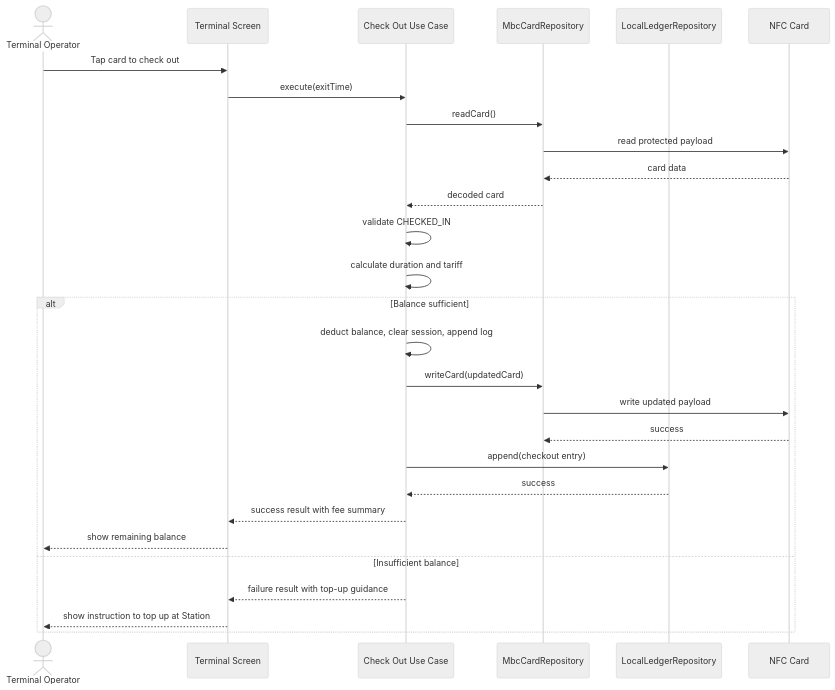
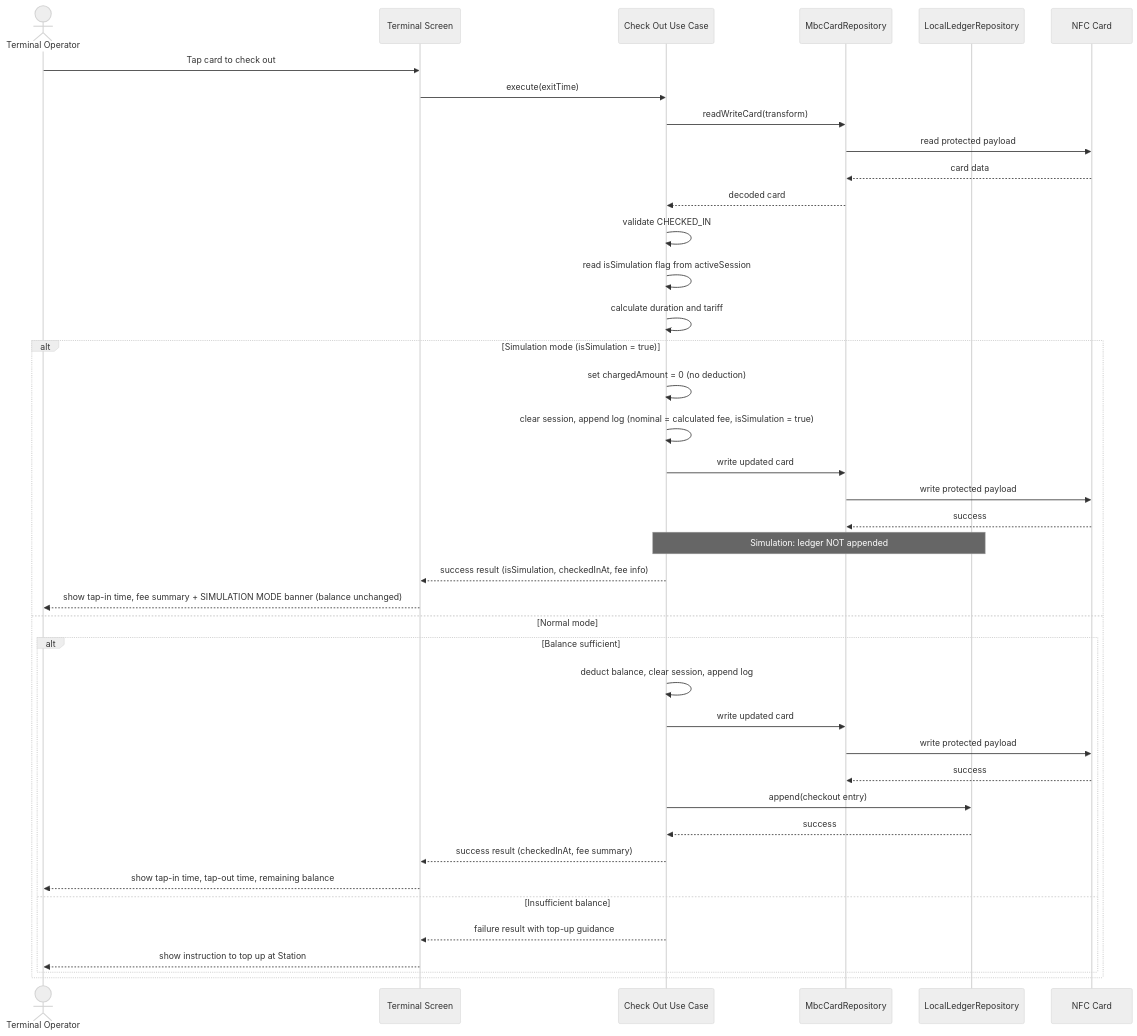
The sixth of 9 diagrams in .codex/specs/UML_SYSTEM_DIAGRAMS.md (Schitzos/mbc-nfc), drawn with Mermaid (neutral theme) before and after one commit. The commit also changed other lines of this file and 15 other files, not shown here.

First line of the commit message:
docs: update specs and UML for simulation mode

````diff
--- a/.codex/specs/UML_SYSTEM_DIAGRAMS.md
+++ b/.codex/specs/UML_SYSTEM_DIAGRAMS.md
@@ -136,31 +145,43 @@
 ```mermaid
 sequenceDiagram
   actor Operator as Terminal Operator
   participant UI as Terminal Screen
   participant Checkout as Check Out Use Case
   participant CardRepo as MbcCardRepository
   participant Ledger as LocalLedgerRepository
   participant Card as NFC Card
 
   Operator->>UI: Tap card to check out
   UI->>Checkout: execute(exitTime)
-  Checkout->>CardRepo: readCard()
+  Checkout->>CardRepo: readWriteCard(transform)
   CardRepo->>Card: read protected payload
   Card-->>CardRepo: card data
   CardRepo-->>Checkout: decoded card
   Checkout->>Checkout: validate CHECKED_IN
+  Checkout->>Checkout: read isSimulation flag from activeSession
   Checkout->>Checkout: calculate duration and tariff
-  alt Balance sufficient
-    Checkout->>Checkout: deduct balance, clear session, append log
-    Checkout->>CardRepo: writeCard(updatedCard)
-    CardRepo->>Card: write updated payload
+  alt Simulation mode (isSimulation = true)
+    Checkout->>Checkout: set chargedAmount = 0 (no deduction)
+    Checkout->>Checkout: clear session, append log (nominal = calculated fee, isSimulation = true)
+    Checkout->>CardRepo: write updated card
+    CardRepo->>Card: write protected payload
     Card-->>CardRepo: success
-    Checkout->>Ledger: append(checkout entry)
-    Ledger-->>Checkout: success
-    Checkout-->>UI: success result with fee summary
-    UI-->>Operator: show remaining balance
-  else Insufficient balance
-    Checkout-->>UI: failure result with top-up guidance
-    UI-->>Operator: show instruction to top up at Station
+    Note over Checkout,Ledger: Simulation: ledger NOT appended
+    Checkout-->>UI: success result (isSimulation, checkedInAt, fee info)
+    UI-->>Operator: show tap-in time, fee summary + SIMULATION MODE banner (balance unchanged)
+  else Normal mode
+    alt Balance sufficient
+      Checkout->>Checkout: deduct balance, clear session, append log
+      Checkout->>CardRepo: write updated card
+      CardRepo->>Card: write protected payload
+      Card-->>CardRepo: success
+      Checkout->>Ledger: append(checkout entry)
+      Ledger-->>Checkout: success
+      Checkout-->>UI: success result (checkedInAt, fee summary)
+      UI-->>Operator: show tap-in time, tap-out time, remaining balance
+    else Insufficient balance
+      Checkout-->>UI: failure result with top-up guidance
+      UI-->>Operator: show instruction to top up at Station
+    end
   end
 ```
````
